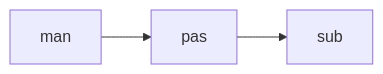
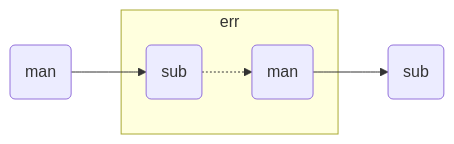
One commit to jeras/TCB changed the sixth of 6 diagrams in doc/TCB.md. Above: the diagram before and after it, drawn with Mermaid. The commit also changed other lines of this file, not shown here.

Commit message:
DOC: attempt to make a markdown mermaid subgraph

````diff
--- a/doc/TCB.md
+++ b/doc/TCB.md
@@ -197,4 +213,8 @@
 ```mermaid
 flowchart LR
-    man --> pas --> sub
+    tcb_man(man) --> tcb_pas_sub
+    subgraph tcb_err[err]
+        tcb_pas_sub(sub) -.-> tcb_pas_man(man)
+    end
+    tcb_pas_man --> tcb_sub(sub)
 ```
````
